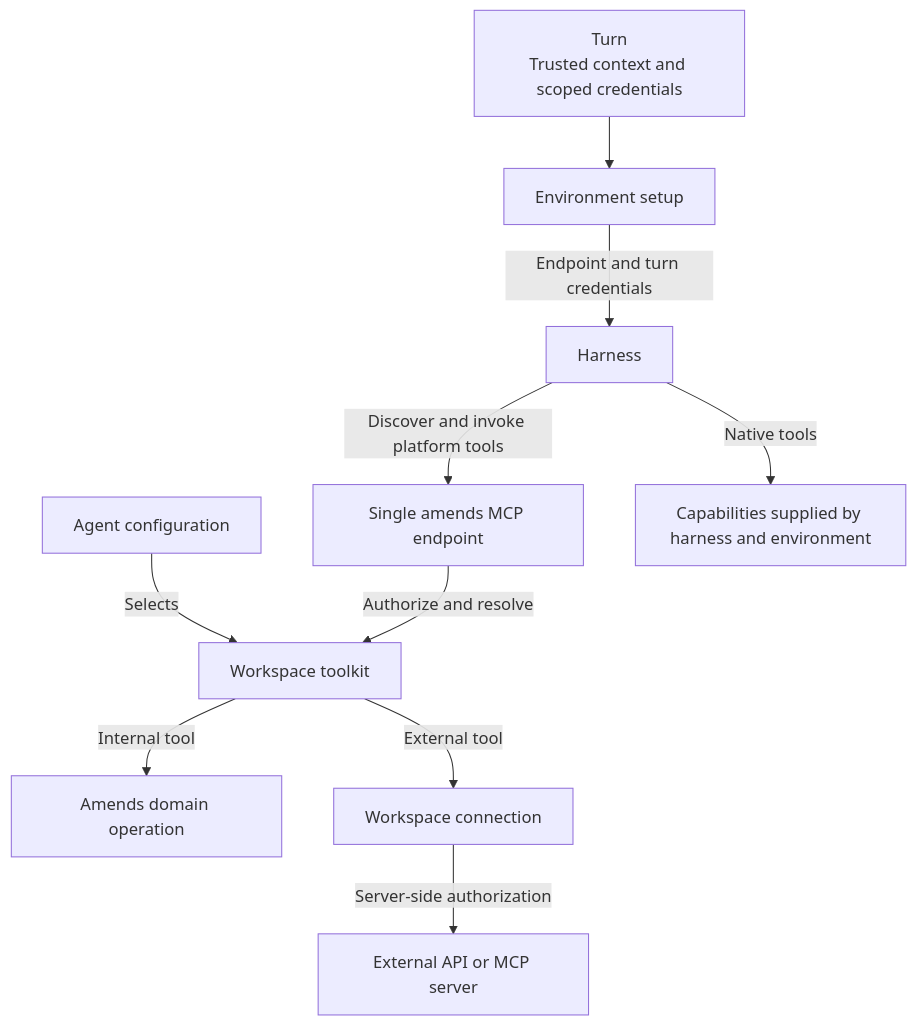
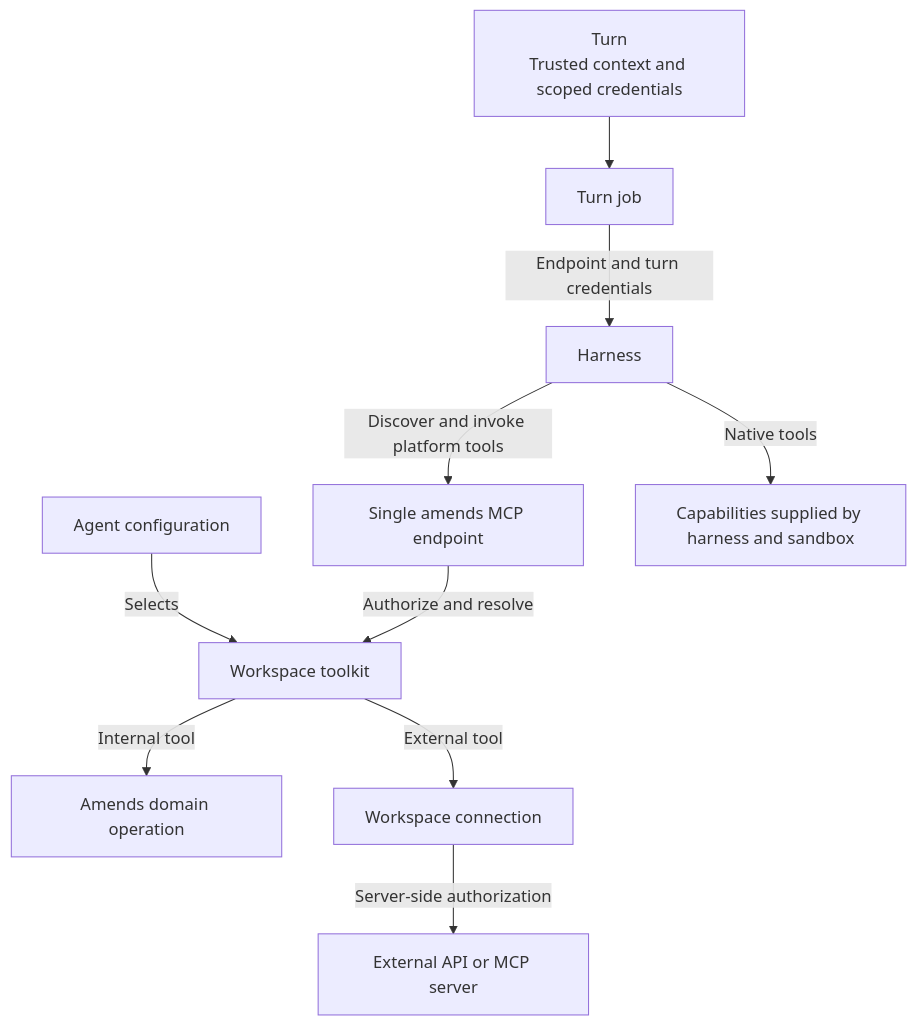
One commit to amends-dev/amends changed the fourth of 7 diagrams in docs/core-model.md. Above: the diagram before and after it, drawn with Mermaid. The commit also changed other lines of this file, not shown here.

First line of the commit message:
Revise the core model for turns on the harness and sandboxes

````diff
--- a/docs/core-model.md
+++ b/docs/core-model.md
@@ -1758,12 +1101,12 @@
 ```mermaid
 flowchart TB
   AGENT["Agent configuration"] -->|Selects| TOOLKIT["Workspace toolkit"]
-  TURN["Turn<br/>Trusted context and scoped credentials"] --> ENV["Environment setup"]
-  ENV -->|Endpoint and turn credentials| HARNESS["Harness"]
+  TURN["Turn<br/>Trusted context and scoped credentials"] --> JOB["Turn job"]
+  JOB -->|Endpoint and turn credentials| HARNESS["Harness"]
   HARNESS -->|Discover and invoke platform tools| MCP["Single amends MCP endpoint"]
   MCP -->|Authorize and resolve| TOOLKIT
   TOOLKIT -->|Internal tool| DOMAIN["Amends domain operation"]
   TOOLKIT -->|External tool| CONNECTION["Workspace connection"]
   CONNECTION -->|Server-side authorization| EXTERNAL["External API or MCP server"]
-  HARNESS -->|Native tools| NATIVE["Capabilities supplied by harness and environment"]
+  HARNESS -->|Native tools| NATIVE["Capabilities supplied by harness and sandbox"]
 ```
````
